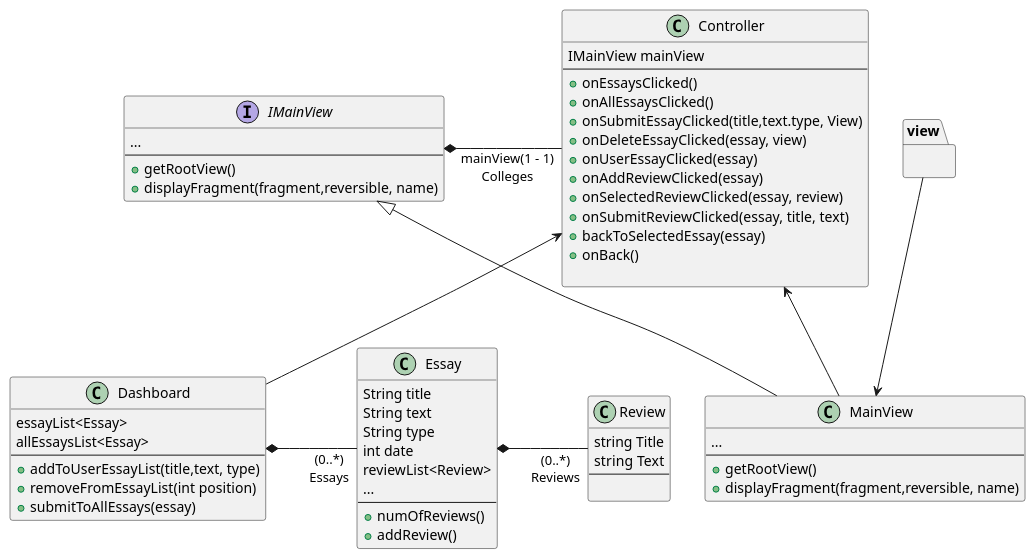
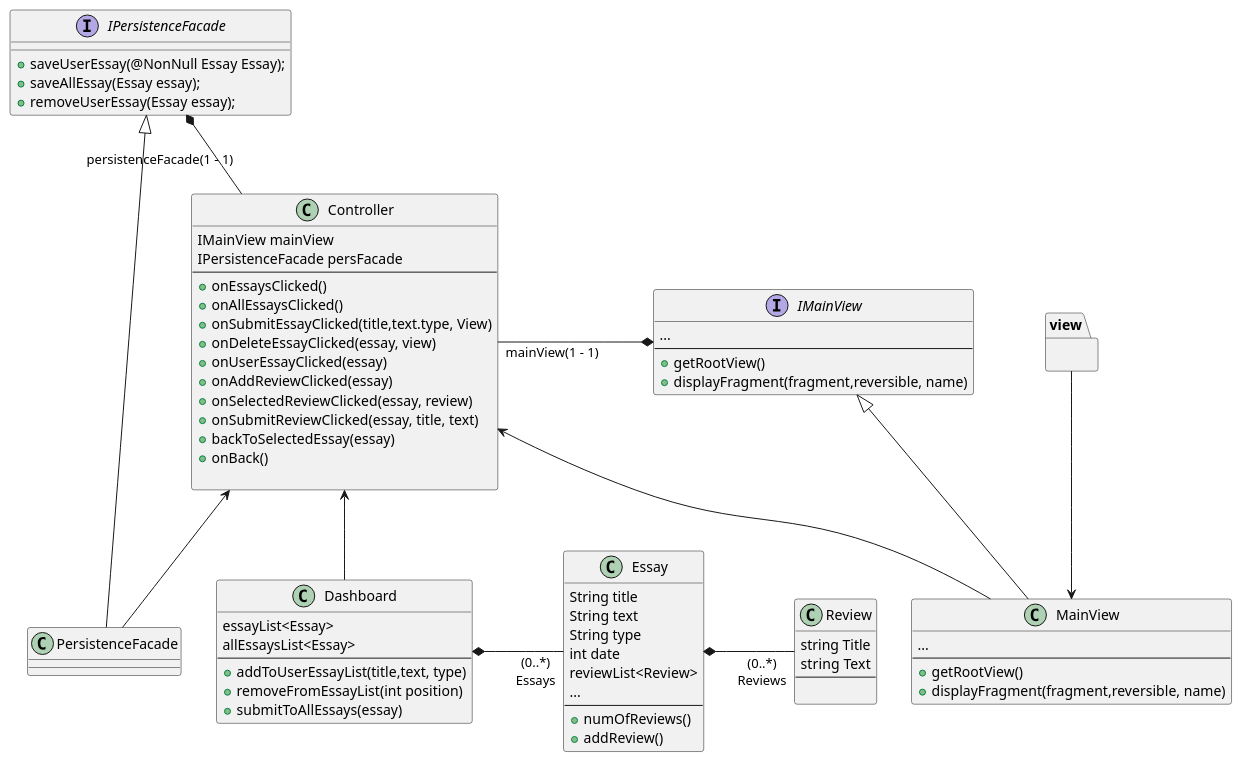
Before and after one commit to jlederer33/Essay-Review-App: the fourth of 5 diagrams in intellij/doc/design.md, drawn with PlantUML. The commit also changed other lines of this file, not shown here.

Commit message:
added changes to sequence diagrams

````diff
--- a/intellij/doc/design.md
+++ b/intellij/doc/design.md
@@ -70,8 +70,18 @@
 +submitToAllEssays(essay)
 }
 
+interface IPersistenceFacade{
+__
++saveUserEssay(@NonNull Essay Essay);
++saveAllEssay(Essay essay);
++removeUserEssay(Essay essay);
+}
+
+class PersistenceFacade{}
+
 class Controller{
 IMainView mainView
+IPersistenceFacade persFacade
 --
 +onEssaysClicked()
 +onAllEssaysClicked()
@@ -116,11 +126,13 @@
 Controller <-- MainView
 View --> MainView
 IMainView <|-- MainView
+IPersistenceFacade <|-- PersistenceFacade
 Controller <-- Dashboard
+Controller <-- PersistenceFacade
 
 Dashboard *- "(0..*)\nEssays" Essay: \t\t
 Essay *- "(0..*)\nReviews" Review: \t\t
-IMainView *- "mainView(1 - 1)\nColleges" Controller : \t\t\t
-
+IMainView *- "mainView(1 - 1)\n" Controller : \t\t\t
+IPersistenceFacade *-- "persistenceFacade(1 - 1)\n" Controller : \t\t\t
 
 ```
````
